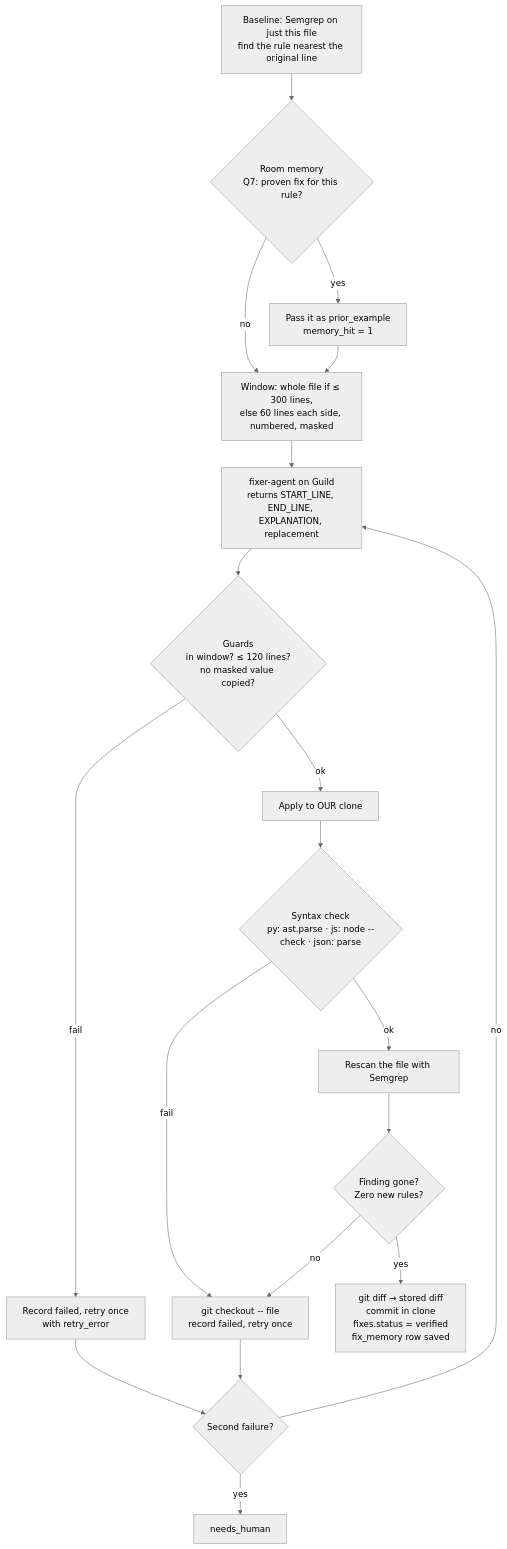
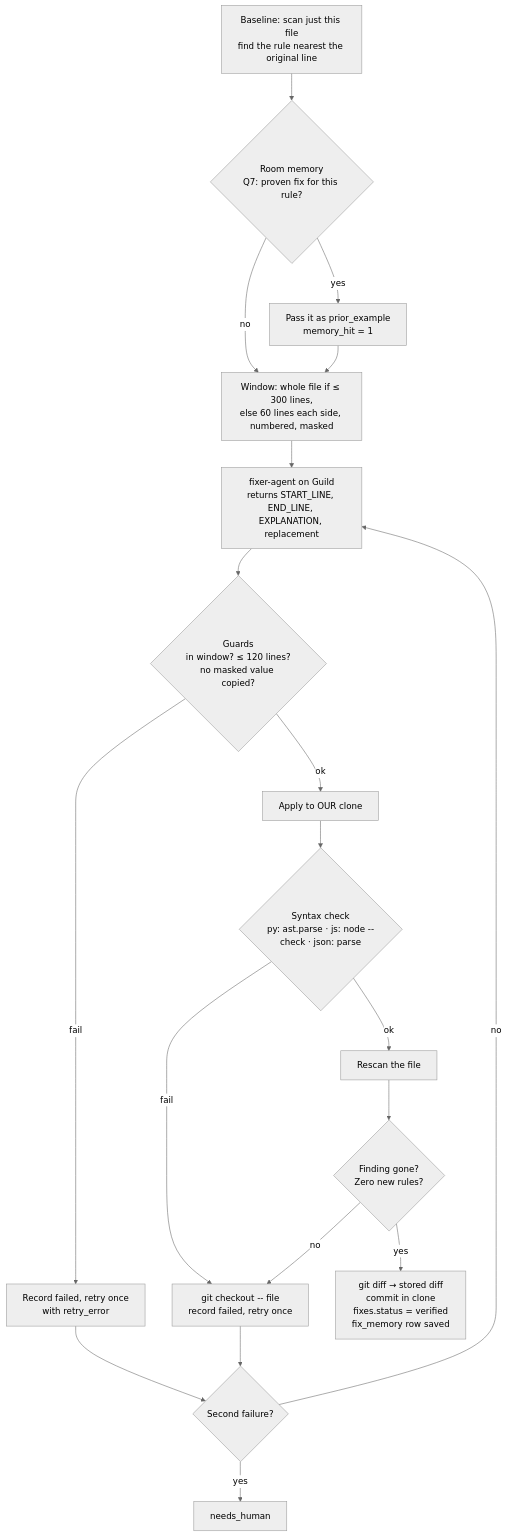
Before and after one commit to techadnank9/patchwork: the third of 5 diagrams in README.md, drawn with Mermaid (neutral theme). The commit also changed other lines of this file and 24 other files, not shown here.

````diff
--- a/README.md
+++ b/README.md
@@ -98,21 +98,21 @@
 ```mermaid
 flowchart TD
-    S0["Baseline: Semgrep on just this file<br/>find the rule nearest the original line"] --> S1{"Room memory<br/>Q7: proven fix for this rule?"}
+    S0["Baseline: scan just this file<br/>find the rule nearest the original line"] --> S1{"Room memory<br/>Q7: proven fix for this rule?"}
     S1 -- yes --> S2["Pass it as prior_example<br/>memory_hit = 1"]
     S1 -- no --> S3["Window: whole file if ≤ 300 lines,<br/>else 60 lines each side, numbered, masked"]
     S2 --> S3
     S3 --> S4["fixer-agent on Guild<br/>returns START_LINE, END_LINE, EXPLANATION, replacement"]
     S4 --> S5{"Guards<br/>in window? ≤ 120 lines?<br/>no masked value copied?"}
     S5 -- fail --> R1["Record failed, retry once<br/>with retry_error"]
     S5 -- ok --> S6["Apply to OUR clone"]
     S6 --> S7{"Syntax check<br/>py: ast.parse · js: node --check · json: parse"}
     S7 -- fail --> R2["git checkout -- file<br/>record failed, retry once"]
-    S7 -- ok --> S8["Rescan the file with Semgrep"]
+    S7 -- ok --> S8["Rescan the file"]
     S8 --> S9{"Finding gone?<br/>Zero new rules?"}
     S9 -- no --> R2
     S9 -- yes --> V["git diff → stored diff<br/>commit in clone<br/>fixes.status = verified<br/>fix_memory row saved"]
     R1 --> R3{"Second failure?"}
     R2 --> R3
     R3 -- yes --> NH["needs_human"]
     R3 -- no --> S4
 ```
````
